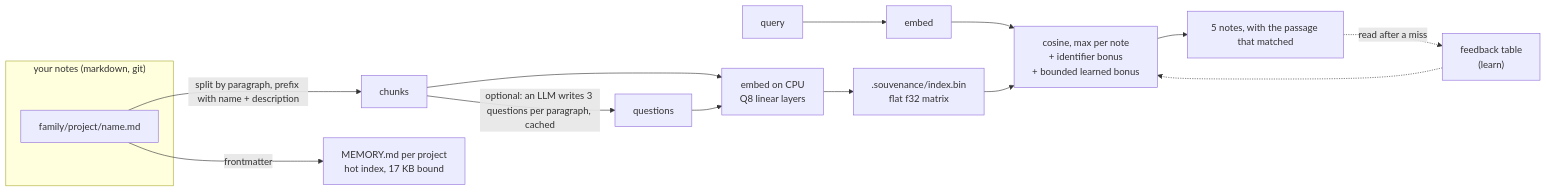
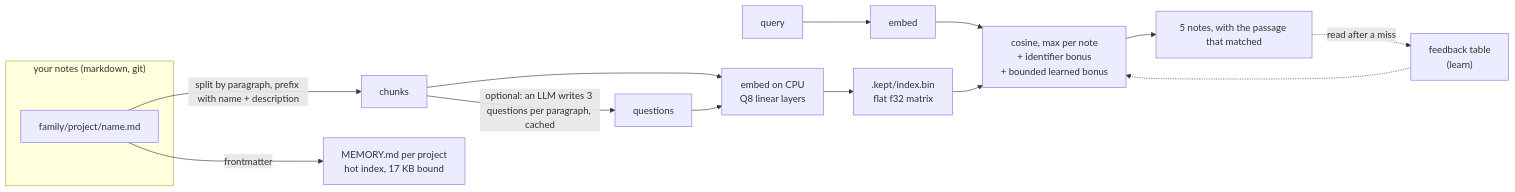
One commit to codexofc/engrams changed the diagram in README.md. Above: the diagram before and after it, drawn with Mermaid. The commit also changed other lines of this file and 352 other files, not shown here.

````diff
--- a/README.md
+++ b/README.md
@@ -358,17 +358,17 @@
 ```mermaid
 flowchart LR
   subgraph notes["your notes (markdown, git)"]
     N["family/project/name.md"]
   end
   N -->|split by paragraph, prefix with name + description| C[chunks]
   C -->|optional: an LLM writes 3 questions per paragraph, cached| Q[questions]
   C --> E["embed on CPU\nQ8 linear layers"]
   Q --> E
-  E --> I[".souvenance/index.bin\nflat f32 matrix"]
+  E --> I[".kept/index.bin\nflat f32 matrix"]
   N -->|frontmatter| H["MEMORY.md per project\nhot index, 17 KB bound"]
   U[query] --> E2[embed] --> R["cosine, max per note\n+ identifier bonus\n+ bounded learned bonus"]
   I --> R
   R --> O["5 notes, with the passage that matched"]
   O -.->|read after a miss| L["feedback table\n(learn)"]
   L -.-> R
 ```
````
